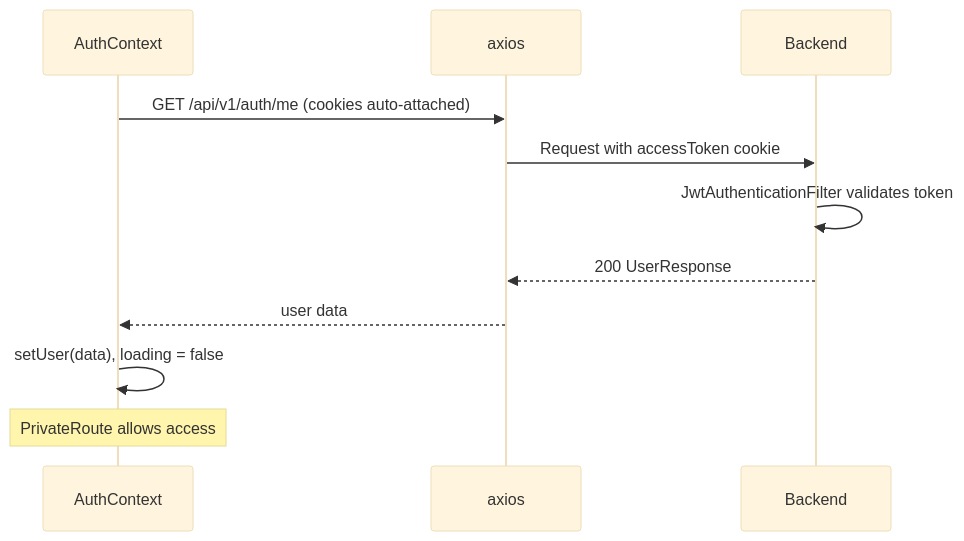
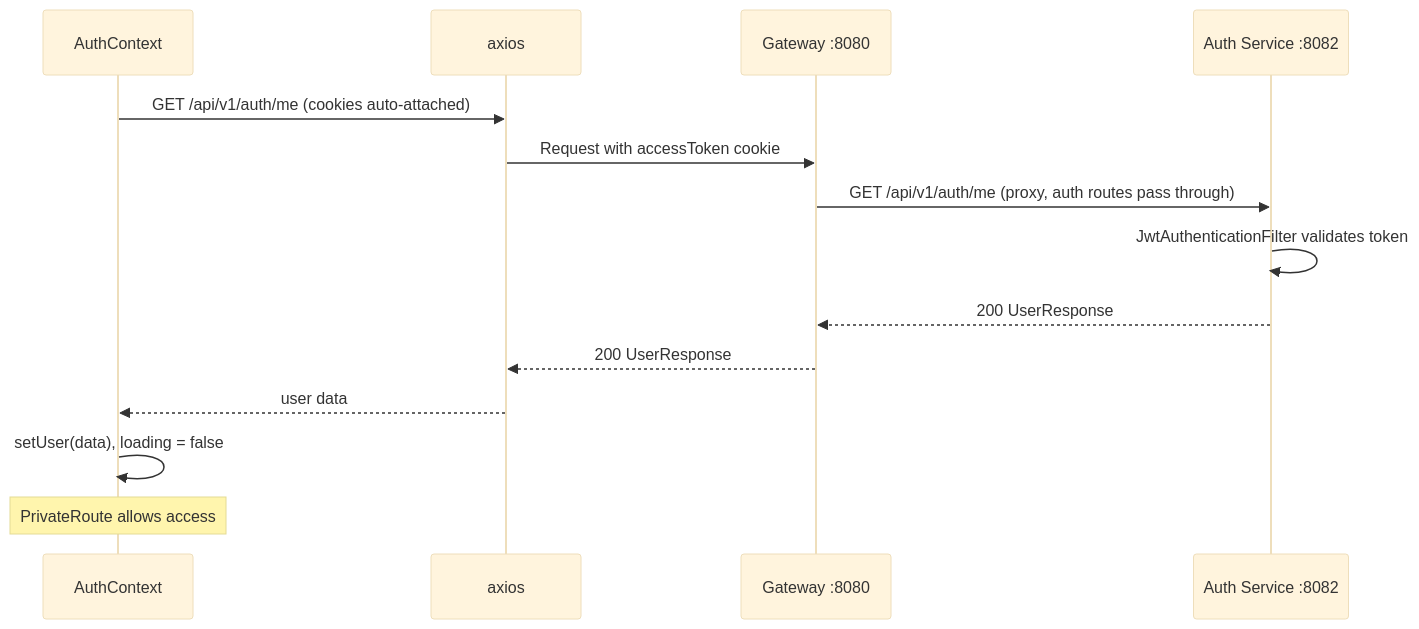
One commit to gnl-org/workhub changed the fourth of 7 diagrams in docs/authentication_flow.md. Above: the diagram before and after it, drawn with Mermaid (base theme). The commit also changed other lines of this file, not shown here.

Commit message:
update auth flow doc

````diff
--- a/docs/authentication_flow.md
+++ b/docs/authentication_flow.md
@@ -208,14 +248,17 @@
 ```mermaid
 sequenceDiagram
     participant FE as AuthContext
     participant AX as axios
-    participant BE as Backend
+    participant GW as Gateway :8080
+    participant AS as Auth Service :8082
 
     FE->>AX: GET /api/v1/auth/me (cookies auto-attached)
-    AX->>BE: Request with accessToken cookie
-    BE->>BE: JwtAuthenticationFilter validates token
-    BE-->>AX: 200 UserResponse
+    AX->>GW: Request with accessToken cookie
+    GW->>AS: GET /api/v1/auth/me (proxy, auth routes pass through)
+    AS->>AS: JwtAuthenticationFilter validates token
+    AS-->>GW: 200 UserResponse
+    GW-->>AX: 200 UserResponse
     AX-->>FE: user data
     FE->>FE: setUser(data), loading = false
     Note over FE: PrivateRoute allows access
 ```
````
